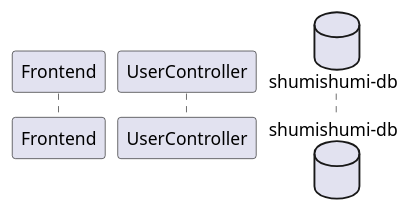
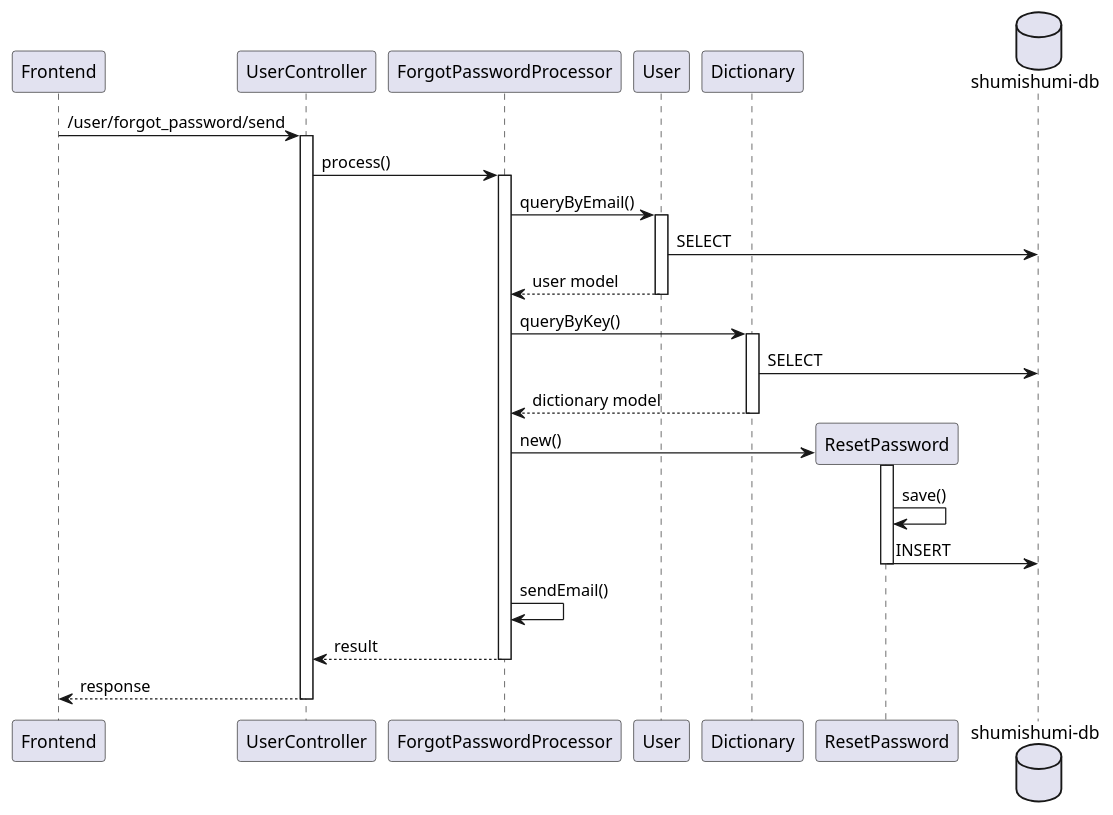
One commit to aldihsuhandi/skripsi-2023 changed the diagram in uml diagram/sequence diagram/BE/user controller/forgotPassword.pu. Above: the diagram before and after it, drawn with PlantUML. The commit also changed 4 other files, not shown here.

```diff
--- a/uml diagram/sequence diagram/BE/user controller/forgotPassword.pu
+++ b/uml diagram/sequence diagram/BE/user controller/forgotPassword.pu
@@ -1,7 +1,34 @@
 @startuml forgotPassword
 participant "Frontend" as fe
 participant "UserController" as uc
 
+participant "ForgotPasswordProcessor" as proc
+
+participant "User" as um
+participant "Dictionary" as dictm
+participant "ResetPassword" as rpm
+
 database "shumishumi-db" as db
 
+fe -> uc++ : /user/forgot_password/send
+uc -> proc++ : process()
+proc -> um++ : queryByEmail()
+um -> db : SELECT
+return user model
+
+proc -> dictm++ : queryByKey()
+dictm -> db : SELECT
+return dictionary model
+
+create rpm
+proc -> rpm++ : new()
+rpm -> rpm : save()
+rpm -> db : INSERT
+deactivate rpm
+
+proc -> proc : sendEmail()
+
+return result
+return response
+
 @enduml
```
